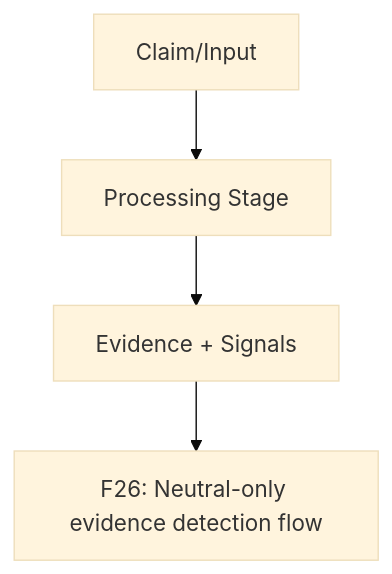
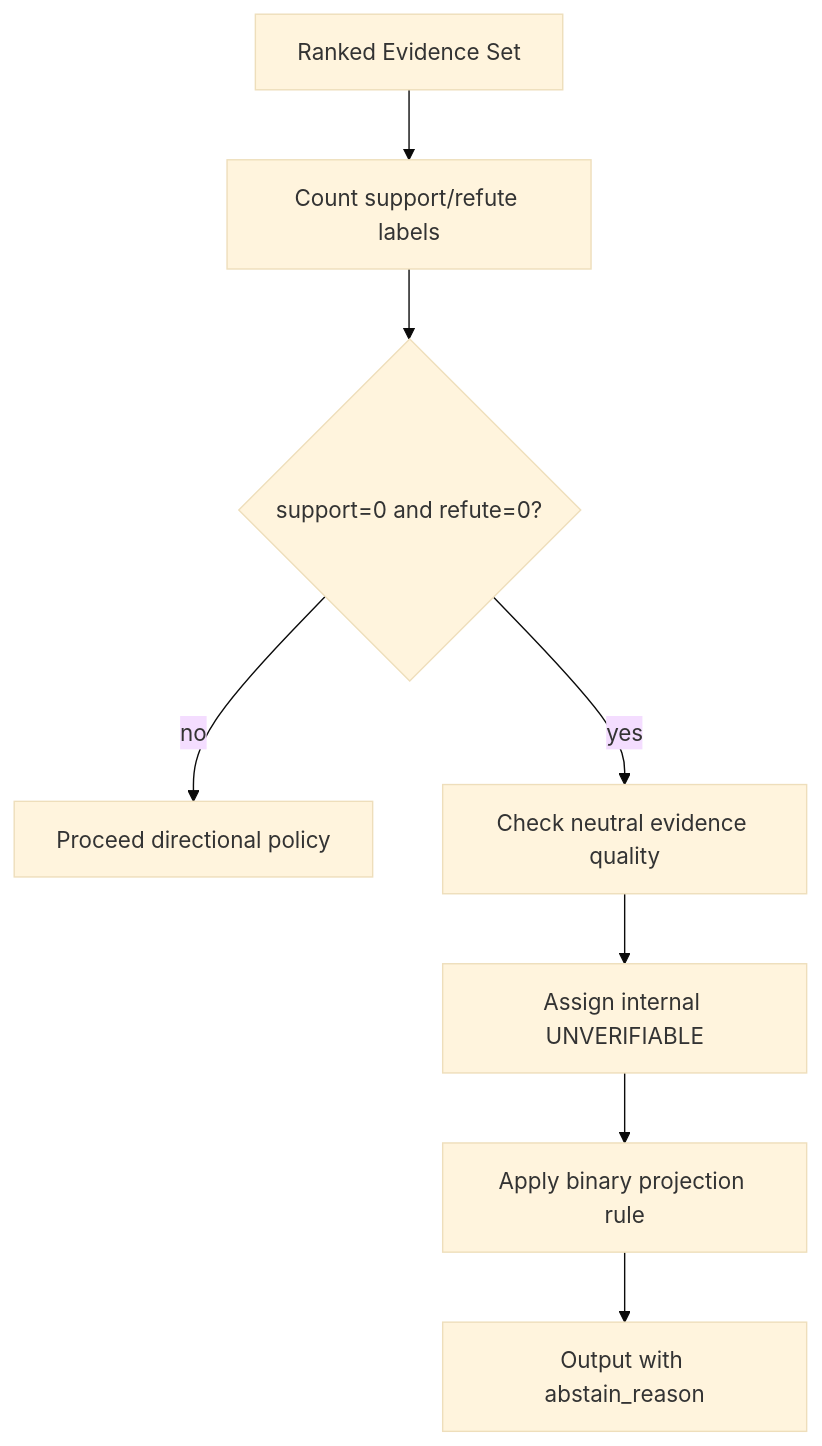
The eighth of 8 diagrams in methodology/figures/04-ranking-trust-and-evidence-quality-pack.md (Luxia-AI/docs), drawn with Mermaid (base theme) before and after one commit. The commit also changed other lines of this file and 9 other files, not shown here.

First line of the commit message:
Refactor methodology figures with updated Mermaid diagrams and enhanced clarity across multiple packs. Key changes include:

````diff
--- a/methodology/figures/04-ranking-trust-and-evidence-quality-pack.md
+++ b/methodology/figures/04-ranking-trust-and-evidence-quality-pack.md
@@ -208,6 +241,10 @@
 ```mermaid
 flowchart TD
-    A[Claim/Input] --> B[Processing Stage]
-    B --> C[Evidence + Signals]
-    C --> D[F26: Neutral-only evidence detection flow]
+  I[Ranked Evidence Set] --> C1[Count support/refute labels]
+  C1 --> D{support=0 and refute=0?}
+  D -- no --> N[Proceed directional policy]
+  D -- yes --> C2[Check neutral evidence quality]
+  C2 --> C3[Assign internal UNVERIFIABLE]
+  C3 --> C4[Apply binary projection rule]
+  C4 --> O[Output with abstain_reason]
 ```
````
